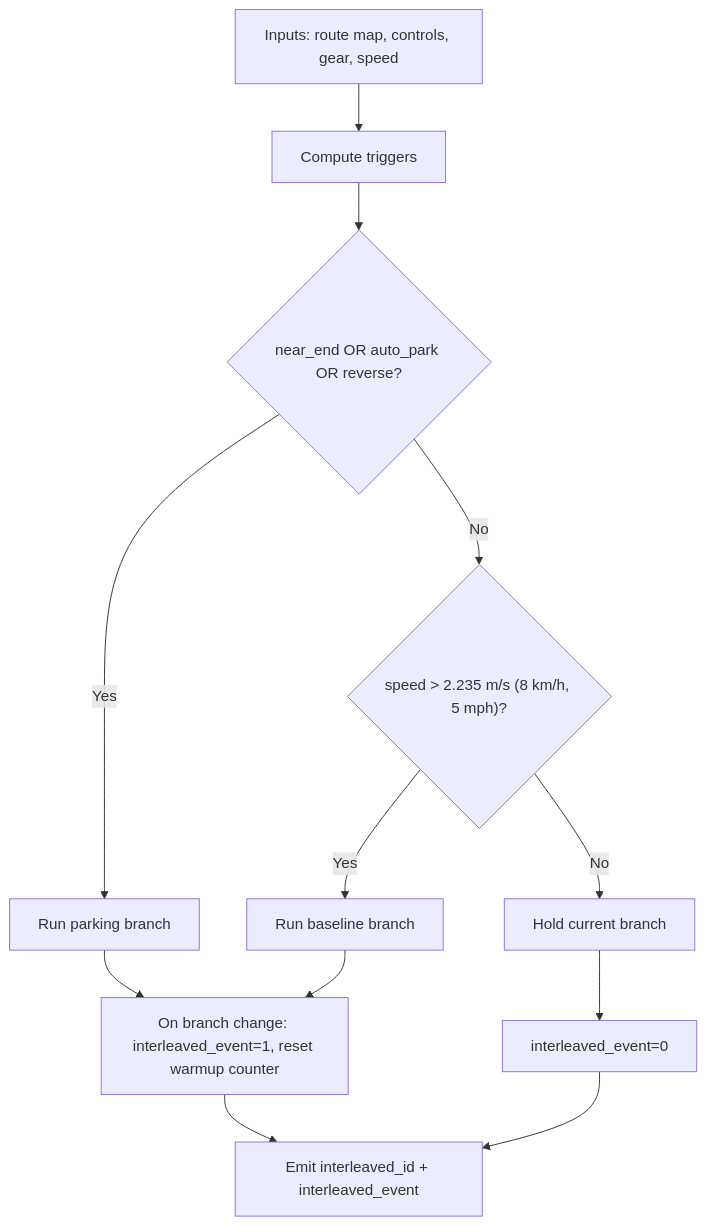
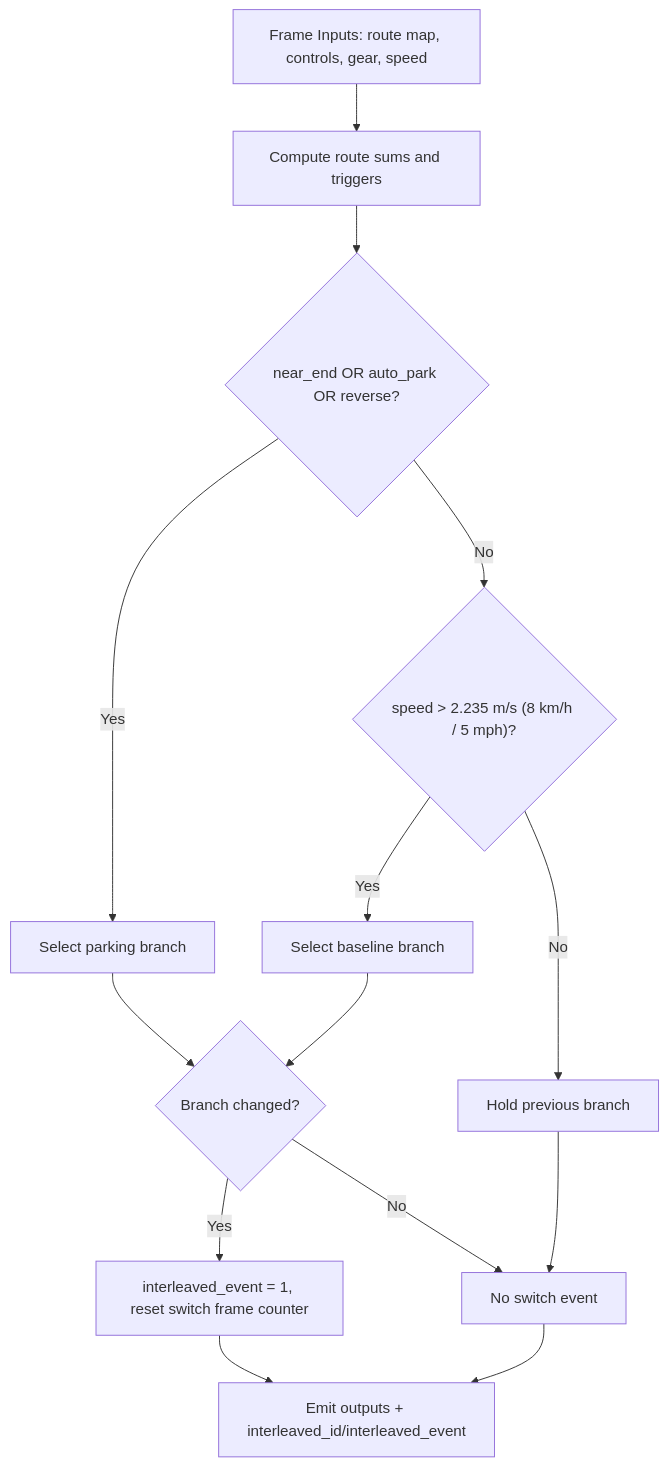
One commit to borisindelman-oss/vault changed the diagram in newsletters/newsletter_interleaving-models-in-parking-deployment-wrapper.md. Above: the diagram before and after it, drawn with Mermaid. The commit also changed other lines of this file, not shown here.

````diff
--- a/newsletters/newsletter_interleaving-models-in-parking-deployment-wrapper.md
+++ b/newsletters/newsletter_interleaving-models-in-parking-deployment-wrapper.md
@@ -80,14 +63,17 @@
 ```mermaid
 flowchart TD
-    A["Inputs: route map, controls, gear, speed"] --> B["Compute triggers"]
+    A["Frame Inputs: route map, controls, gear, speed"] --> B["Compute route sums and triggers"]
     B --> C{"near_end OR auto_park OR reverse?"}
-    C -->|Yes| D["Run parking branch"]
-    C -->|No| E{"speed > 2.235 m/s (8 km/h, 5 mph)?"}
-    E -->|Yes| F["Run baseline branch"]
-    E -->|No| G["Hold current branch"]
-    D --> H["On branch change: interleaved_event=1, reset warmup counter"]
+    C -->|Yes| D["Select parking branch"]
+    C -->|No| E{"speed > 2.235 m/s (8 km/h / 5 mph)?"}
+    E -->|Yes| F["Select baseline branch"]
+    E -->|No| G["Hold previous branch"]
+
+    D --> H{"Branch changed?"}
     F --> H
-    G --> I["interleaved_event=0"]
-    H --> J["Emit interleaved_id + interleaved_event"]
-    I --> J
+    G --> I["No switch event"]
+    H -->|Yes| J["interleaved_event = 1, reset switch frame counter"]
+    H -->|No| I
+    J --> K["Emit outputs + interleaved_id/interleaved_event"]
+    I --> K
 ```
````
